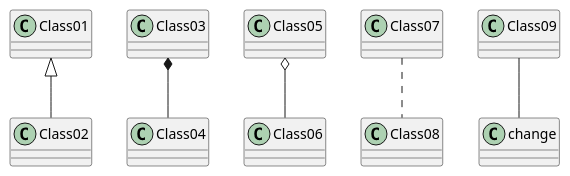
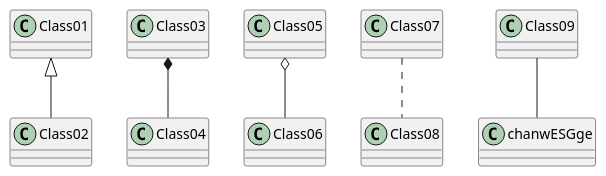
Before and after one commit to weichware10/meilensteine: the diagram in meilenstein_03/test.puml, drawn with PlantUML.

```diff
--- a/meilenstein_03/test.puml
+++ b/meilenstein_03/test.puml
@@ -1,7 +1,7 @@
 @startuml test
 Class01 <|-- Class02
 Class03 *-- Class04
 Class05 o-- Class06
 Class07 .. Class08
-Class09 -- change
+Class09 -- chanwESGge
 @enduml
```
